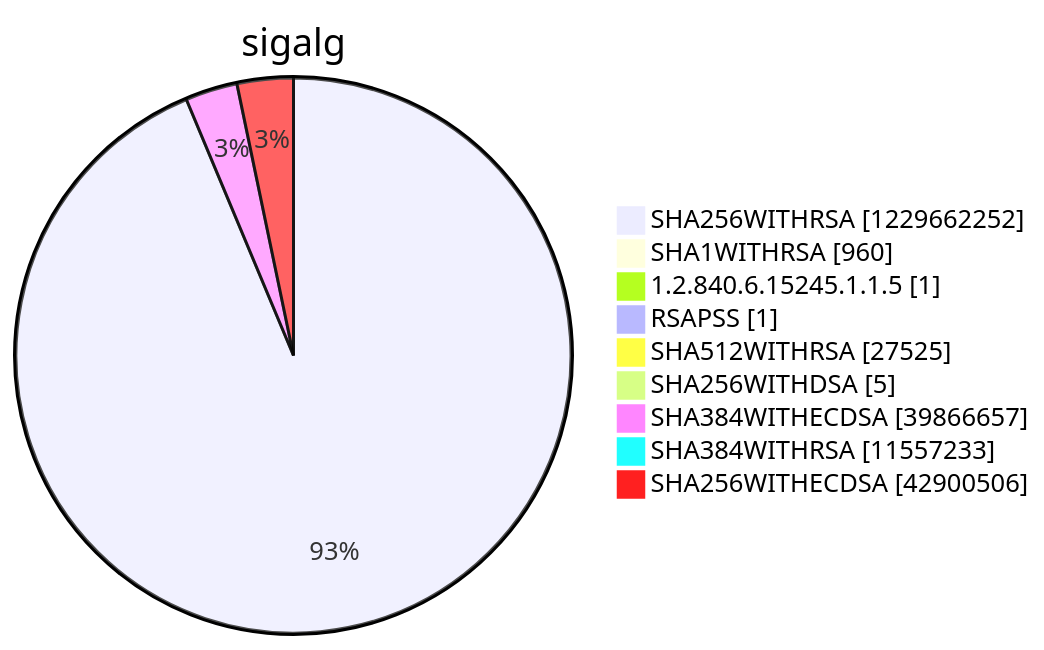
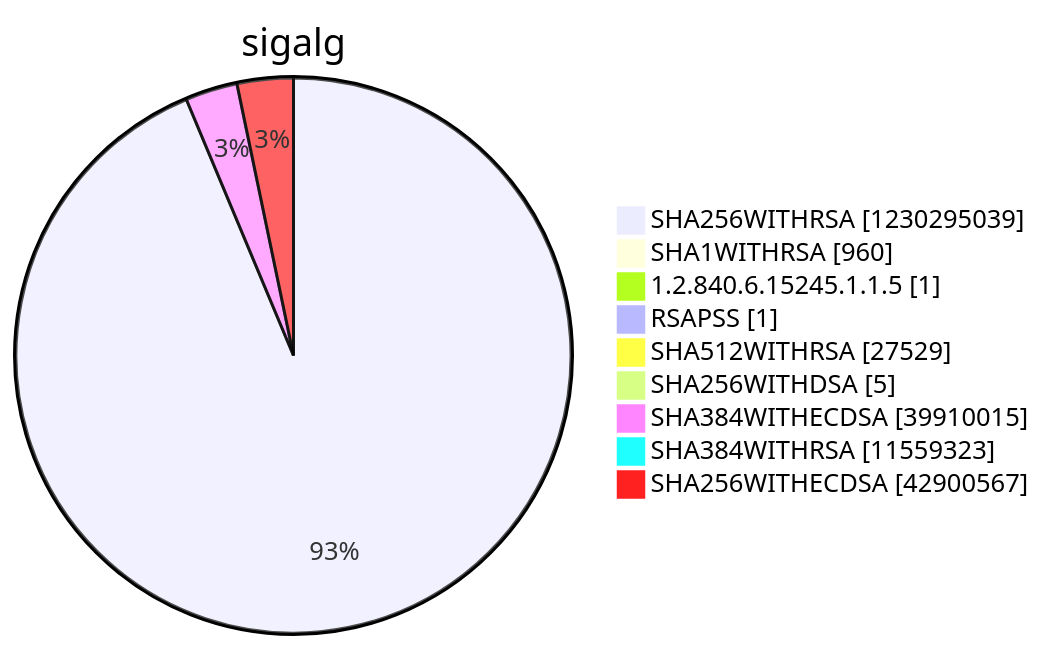
One commit to christiankrug/ctmonitor_visualization changed diagram 15 of 15 in argon2022/README.md. Above: the diagram before and after it, drawn with Mermaid. The commit also changed other lines of this file, not shown here.

````diff
--- a/argon2022/README.md
+++ b/argon2022/README.md
@@ -5522,13 +5522,13 @@
 ```mermaid
 pie showData
 title sigalg
-"SHA256WITHRSA" :1229662252
+"SHA256WITHRSA" :1230295039
 "SHA1WITHRSA" :960
 "1.2.840.6.15245.1.1.5" :1
 "RSAPSS" :1
-"SHA512WITHRSA" :27525
+"SHA512WITHRSA" :27529
 "SHA256WITHDSA" :5
-"SHA384WITHECDSA" :39866657
-"SHA384WITHRSA" :11557233
-"SHA256WITHECDSA" :42900506
+"SHA384WITHECDSA" :39910015
+"SHA384WITHRSA" :11559323
+"SHA256WITHECDSA" :42900567
 ```
````
